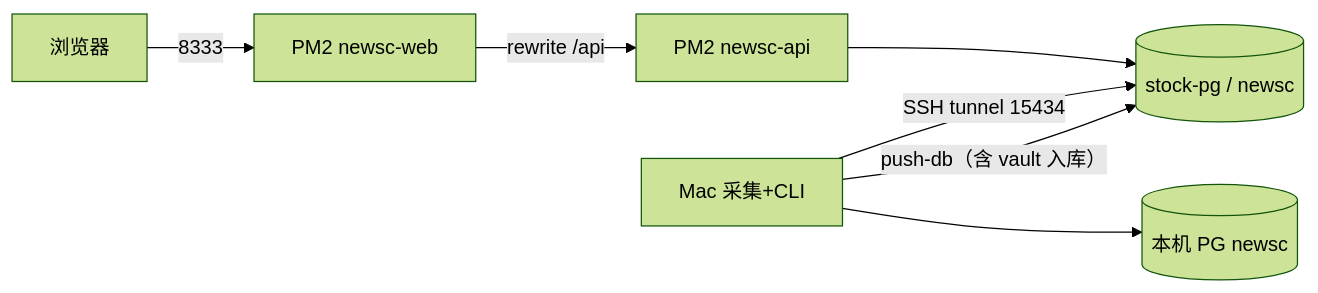
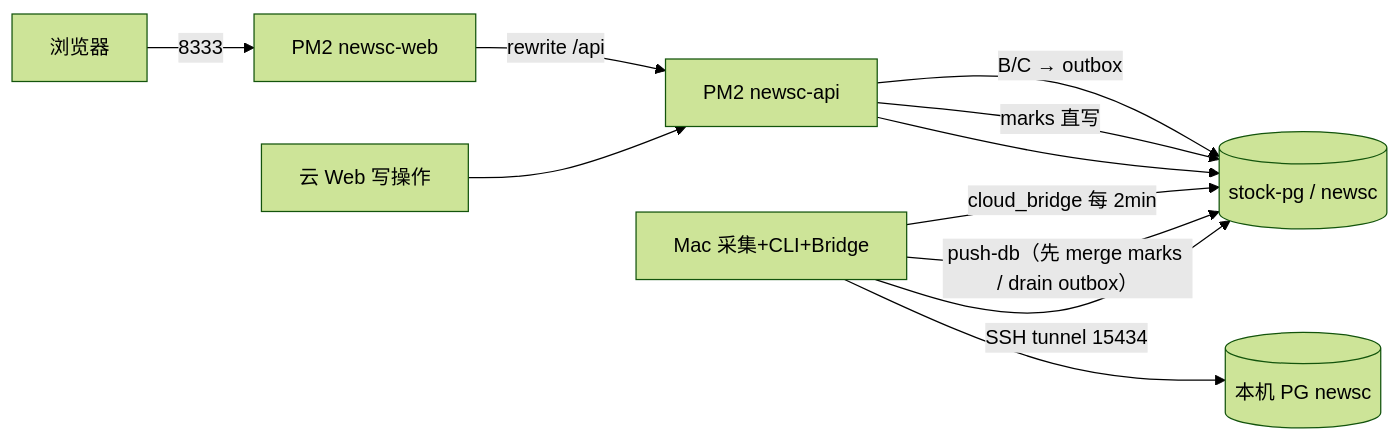
Before and after one commit to ExpeQiu/newscenter: the diagram in guide/混合部署与云端运维.md, drawn with Mermaid (forest theme). The commit also changed other lines of this file and 24 other files, not shown here.

First line of the commit message:
Add cloud outbox bridge for Mac↔cloud control sync and Next /api proxy that injects ORCH_API_TOKEN.

````diff
--- a/guide/混合部署与云端运维.md
+++ b/guide/混合部署与云端运维.md
@@ -22,10 +22,14 @@
 ```mermaid
 flowchart LR
   Browser[浏览器] -->|8333| CloudWeb[PM2 newsc-web]
   CloudWeb -->|rewrite /api| CloudApi[PM2 newsc-api]
   CloudApi --> CloudPG[(stock-pg / newsc)]
 
-  Mac[Mac 采集+CLI] --> LocalPG[(本机 PG newsc)]
+  Mac[Mac 采集+CLI+Bridge] --> LocalPG[(本机 PG newsc)]
   Mac -->|SSH tunnel 15434| CloudPG
-  Mac -->|push-db（含 vault 入库）| CloudPG
+  Mac -->|push-db（先 merge marks / drain outbox）| CloudPG
+  CloudUI[云 Web 写操作] --> CloudApi
+  CloudApi -->|marks 直写| CloudPG
+  CloudApi -->|B/C → outbox| CloudPG
+  Mac -->|cloud_bridge 每 2min| CloudPG
 ```
````
